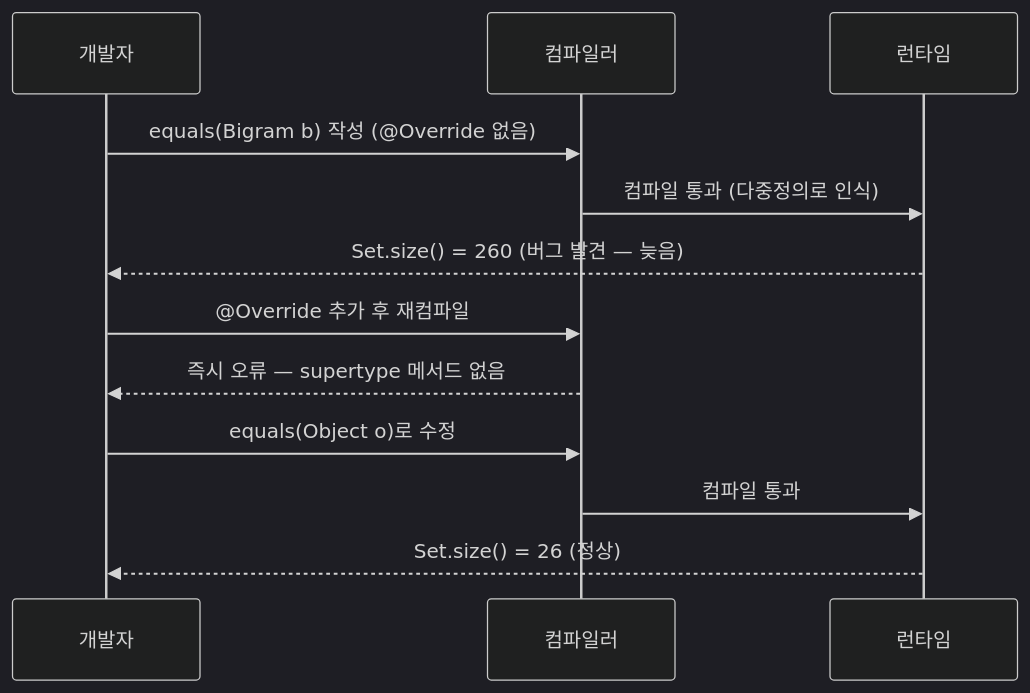
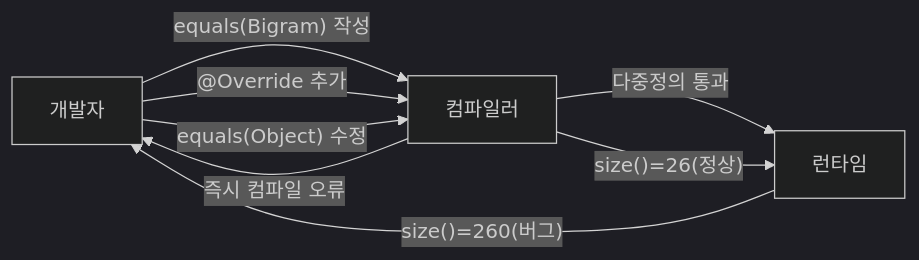
The first of 2 diagrams in _posts/java/2022-01-17-effective-java40.md (yjkim2015/yjkim2015.github.io), drawn with Mermaid (dark theme) before and after one commit. The commit also changed 9 other files, not shown here.

````diff
--- a/_posts/java/2022-01-17-effective-java40.md
+++ b/_posts/java/2022-01-17-effective-java40.md
@@ -78,14 +78,10 @@
 ```mermaid
-sequenceDiagram
-    participant Dev as 개발자
-    participant Compiler as 컴파일러
-    participant Runtime as 런타임
-    Dev->>Compiler: equals(Bigram b) 작성 (@Override 없음)
-    Compiler->>Runtime: 컴파일 통과 (다중정의로 인식)
-    Runtime-->>Dev: Set.size() = 260 (버그 발견 — 늦음)
-    Dev->>Compiler: @Override 추가 후 재컴파일
-    Compiler-->>Dev: 즉시 오류 — supertype 메서드 없음
-    Dev->>Compiler: equals(Object o)로 수정
-    Compiler->>Runtime: 컴파일 통과
-    Runtime-->>Dev: Set.size() = 26 (정상)
+graph LR
+    Dev["개발자"] -->|"equals(Bigram) 작성"| C["컴파일러"]
+    C -->|"다중정의 통과"| R["런타임"]
+    R -->|"size()=260(버그)"| Dev
+    Dev -->|"@Override 추가"| C
+    C -->|"즉시 컴파일 오류"| Dev
+    Dev -->|"equals(Object) 수정"| C
+    C -->|"size()=26(정상)"| R
 ```
````
